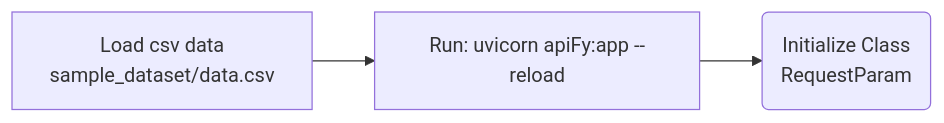
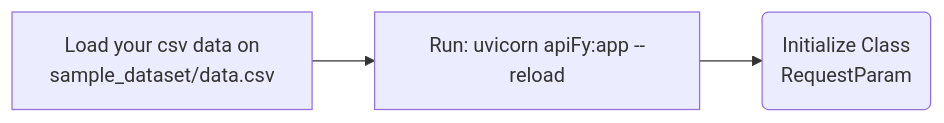
Before and after one commit to mhennn/APIFY: the diagram in README.md, drawn with Mermaid.

Commit message:
Revise README

````diff
--- a/README.md
+++ b/README.md
@@ -44,5 +44,5 @@
 ```mermaid
 graph LR
-    A[Load csv data<br/>sample_dataset/data.csv] --> B[Run: uvicorn apiFy:app --reload]
+    A[Load your csv data on <br/>sample_dataset/data.csv] --> B[Run: uvicorn apiFy:app --reload]
     B --> C(Initialize Class<br/>RequestParam)
 ```
````
